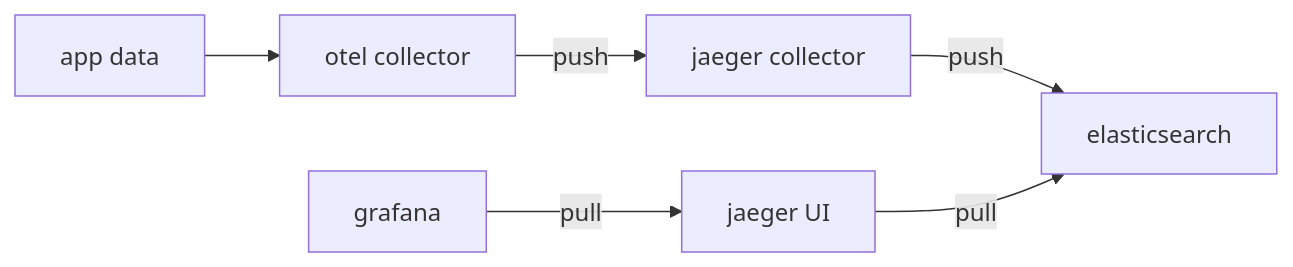
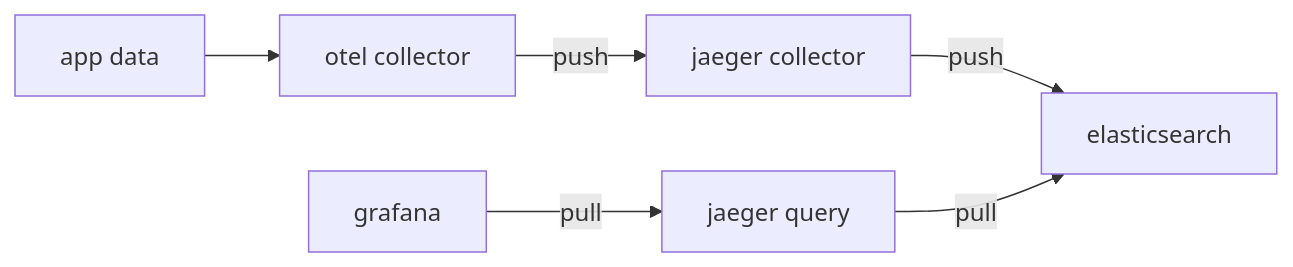
The first of 3 diagrams in README.md (guobinqiu/opentelemetry-demo), drawn with Mermaid before and after one commit.

````diff
--- a/README.md
+++ b/README.md
@@ -13,6 +13,6 @@
 ```mermaid
 graph LR;
     app[app data] --> otel[otel collector] --> |push|jaeger[jaeger collector] --> |push|storage[elasticsearch]
-    ui[jaeger UI] --> |pull|storage[elasticsearch]
-    grafana --> |pull|ui[jaeger UI]
+    ui[jaeger query] --> |pull|storage[elasticsearch]
+    grafana --> |pull|ui[jaeger query]
 ```
````
